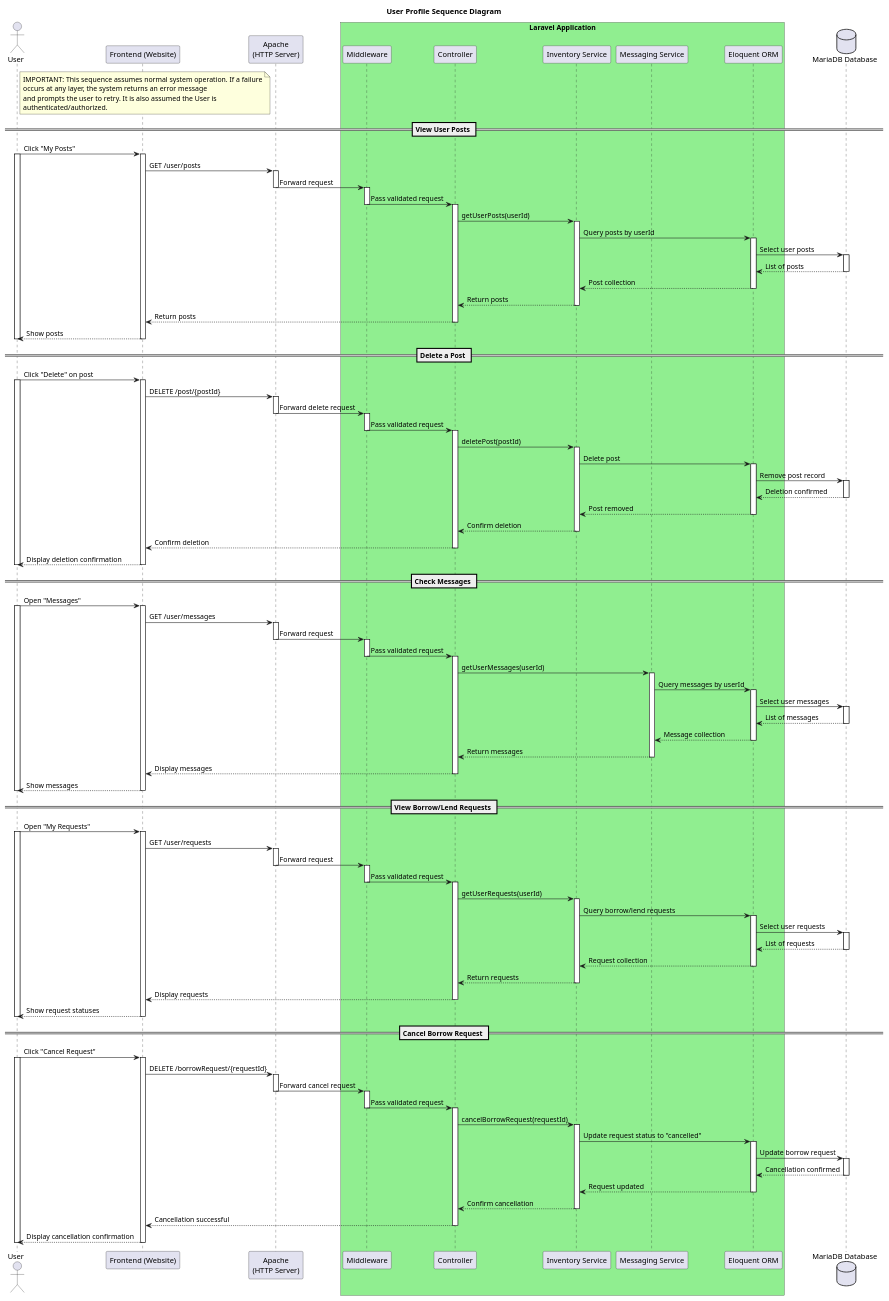
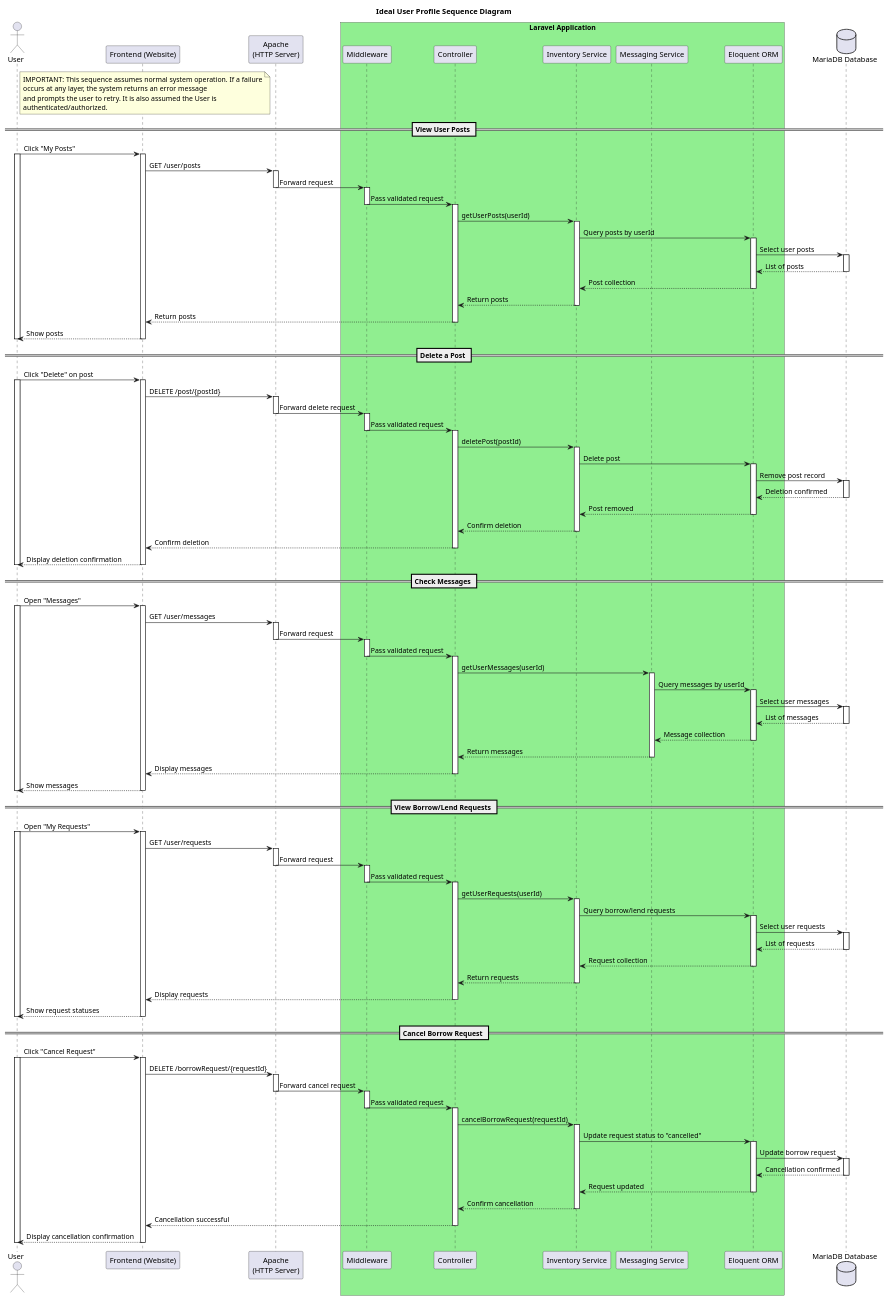
Before and after one commit to JanPerez35/PlantUML: the diagram in sequenceDiagrams/User_Profile_Sequence_Diagram.puml, drawn with PlantUML. The commit also changed 19 other files, not shown here.

Commit message:
Sequence updated naming

```diff
--- a/sequenceDiagrams/User_Profile_Sequence_Diagram.puml
+++ b/sequenceDiagrams/User_Profile_Sequence_Diagram.puml
@@ -1,200 +1,200 @@
 @startuml
 
-title User Profile Sequence Diagram
+title Ideal User Profile Sequence Diagram
 
 actor User
 
 participant "Frontend (Website)" as FE
 participant "Apache\n(HTTP Server)" as Apache
 
 box "Laravel Application" #LightGreen
   participant "Middleware" as MW
   participant "Controller" as C
   participant "Inventory Service" as Service
   participant "Messaging Service" as MessageService
   participant "Eloquent ORM" as ORM
 end box
 
 database "MariaDB Database" as DB
 
 note right of User
 IMPORTANT: This sequence assumes normal system operation. If a failure
 occurs at any layer, the system returns an error message
 and prompts the user to retry. It is also assumed the User is
 authenticated/authorized.
 end note
 
 == View User Posts ==
 User -> FE: Click "My Posts"
 activate User
 activate FE
 
 FE -> Apache: GET /user/posts
 activate Apache
 Apache -> MW: Forward request
 deactivate Apache
 
 activate MW
 MW -> C: Pass validated request
 deactivate MW
 
 activate C
 C -> Service: getUserPosts(userId)
 activate Service
 Service -> ORM: Query posts by userId
 activate ORM
 ORM -> DB: Select user posts
 activate DB
 DB --> ORM: List of posts
 deactivate DB
 ORM --> Service: Post collection
 deactivate ORM
 Service --> C: Return posts
 deactivate Service
 C --> FE: Return posts
 deactivate C
 
 FE --> User: Show posts
 deactivate FE
 deactivate User
 
 == Delete a Post ==
 User -> FE: Click "Delete" on post
 activate User
 activate FE
 
 FE -> Apache: DELETE /post/{postId}
 activate Apache
 Apache -> MW: Forward delete request
 deactivate Apache
 
 activate MW
 MW -> C: Pass validated request
 deactivate MW
 
 activate C
 C -> Service: deletePost(postId)
 activate Service
 Service -> ORM: Delete post
 activate ORM
 ORM -> DB: Remove post record
 activate DB
 DB --> ORM: Deletion confirmed
 deactivate DB
 ORM --> Service: Post removed
 deactivate ORM
 Service --> C: Confirm deletion
 deactivate Service
 C --> FE: Confirm deletion
 deactivate C
 
 FE --> User: Display deletion confirmation
 deactivate FE
 deactivate User
 
 == Check Messages ==
 User -> FE: Open "Messages"
 activate User
 activate FE
 
 FE -> Apache: GET /user/messages
 activate Apache
 Apache -> MW: Forward request
 deactivate Apache
 
 activate MW
 MW -> C: Pass validated request
 deactivate MW
 
 activate C
 C -> MessageService: getUserMessages(userId)
 activate MessageService
 MessageService -> ORM: Query messages by userId
 activate ORM
 ORM -> DB: Select user messages
 activate DB
 DB --> ORM: List of messages
 deactivate DB
 ORM --> MessageService: Message collection
 deactivate ORM
 MessageService --> C: Return messages
 deactivate MessageService
 C --> FE: Display messages
 deactivate C
 
 FE --> User: Show messages
 deactivate FE
 deactivate User
 
 == View Borrow/Lend Requests ==
 User -> FE: Open "My Requests"
 activate User
 activate FE
 
 FE -> Apache: GET /user/requests
 activate Apache
 Apache -> MW: Forward request
 deactivate Apache
 
 activate MW
 MW -> C: Pass validated request
 deactivate MW
 
 activate C
 C -> Service: getUserRequests(userId)
 activate Service
 Service -> ORM: Query borrow/lend requests
 activate ORM
 ORM -> DB: Select user requests
 activate DB
 DB --> ORM: List of requests
 deactivate DB
 ORM --> Service: Request collection
 deactivate ORM
 Service --> C: Return requests
 deactivate Service
 C --> FE: Display requests
 deactivate C
 
 FE --> User: Show request statuses
 deactivate FE
 deactivate User
 
 == Cancel Borrow Request ==
 User -> FE: Click "Cancel Request"
 activate User
 activate FE
 
 FE -> Apache: DELETE /borrowRequest/{requestId}
 activate Apache
 Apache -> MW: Forward cancel request
 deactivate Apache
 
 activate MW
 MW -> C: Pass validated request
 deactivate MW
 
 activate C
 C -> Service: cancelBorrowRequest(requestId)
 activate Service
 
 Service -> ORM: Update request status to "cancelled"
 activate ORM
 ORM -> DB: Update borrow request
 activate DB
 DB --> ORM: Cancellation confirmed
 deactivate DB
 
 ORM --> Service: Request updated
 deactivate ORM
 
 Service --> C: Confirm cancellation
 deactivate Service
 C --> FE: Cancellation successful
 deactivate C
 
 FE --> User: Display cancellation confirmation
 deactivate FE
 deactivate User
 
 @enduml
```
